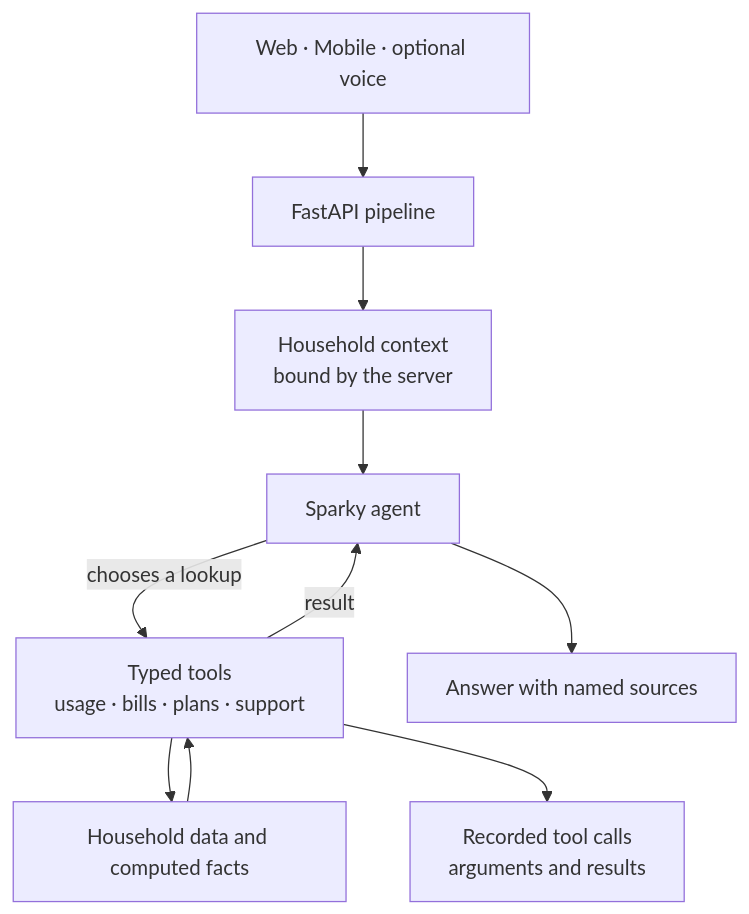
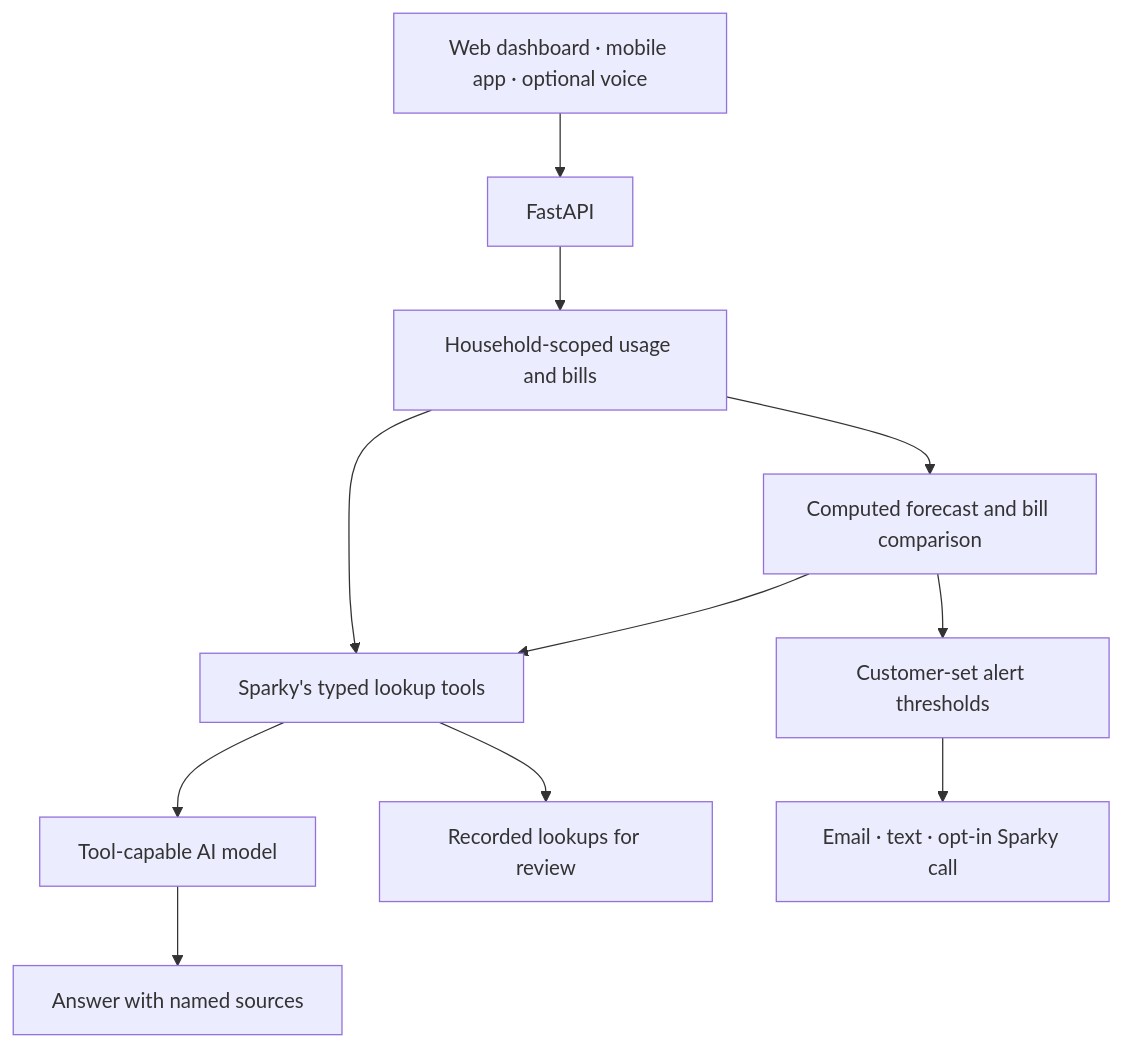
One commit to SagarNautiyalGetIt/kea-home-energy-advisor-ai-agent changed the diagram in README.md. Above: the diagram before and after it, drawn with Mermaid. The commit also changed other lines of this file and 24 other files, not shown here.

````diff
--- a/README.md
+++ b/README.md
@@ -87,12 +118,13 @@
 ```mermaid
 flowchart TD
-    A["Web · Mobile · optional voice"] --> B["FastAPI pipeline"]
-    B --> C["Household context<br/>bound by the server"]
-    C --> D["Sparky agent"]
-    D -->|chooses a lookup| E["Typed tools<br/>usage · bills · plans · support"]
-    E --> F["Household data and computed facts"]
-    F --> E
-    E -->|result| D
-    E --> G["Recorded tool calls<br/>arguments and results"]
-    D --> H["Answer with named sources"]
+    A["Web dashboard · mobile app · optional voice"] --> B["FastAPI"]
+    B --> C["Household-scoped usage and bills"]
+    C --> D["Computed forecast and bill comparison"]
+    C --> E["Sparky's typed lookup tools"]
+    D --> E
+    E --> F["Tool-capable AI model"]
+    F --> G["Answer with named sources"]
+    E --> H["Recorded lookups for review"]
+    D --> I["Customer-set alert thresholds"]
+    I --> J["Email · text · opt-in Sparky call"]
 ```
````
